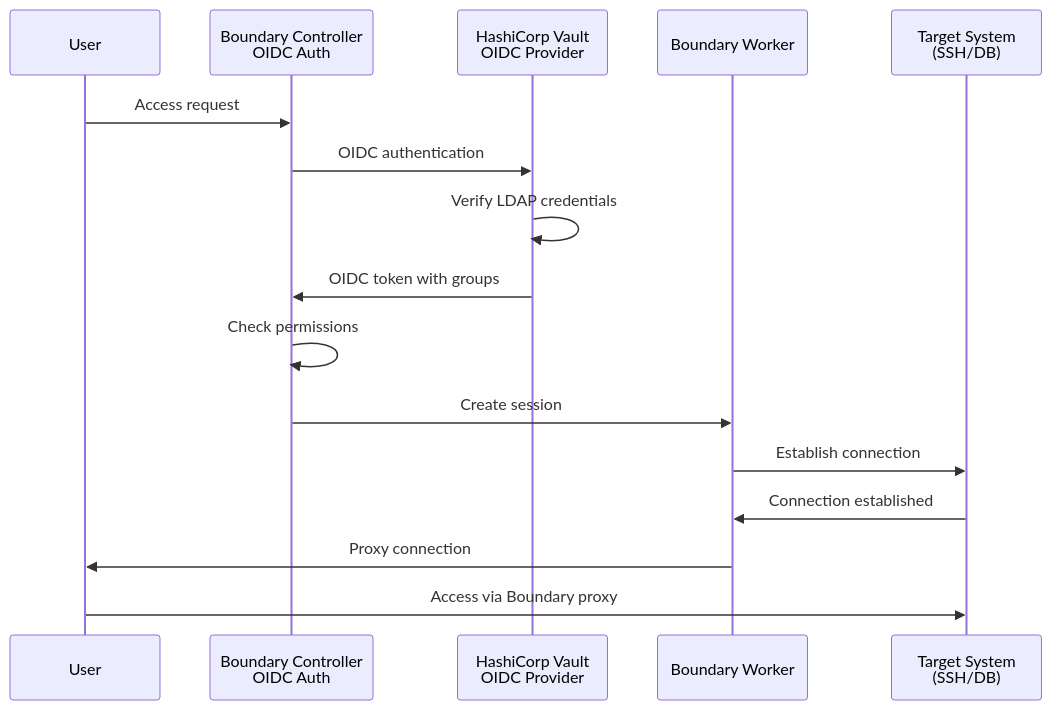
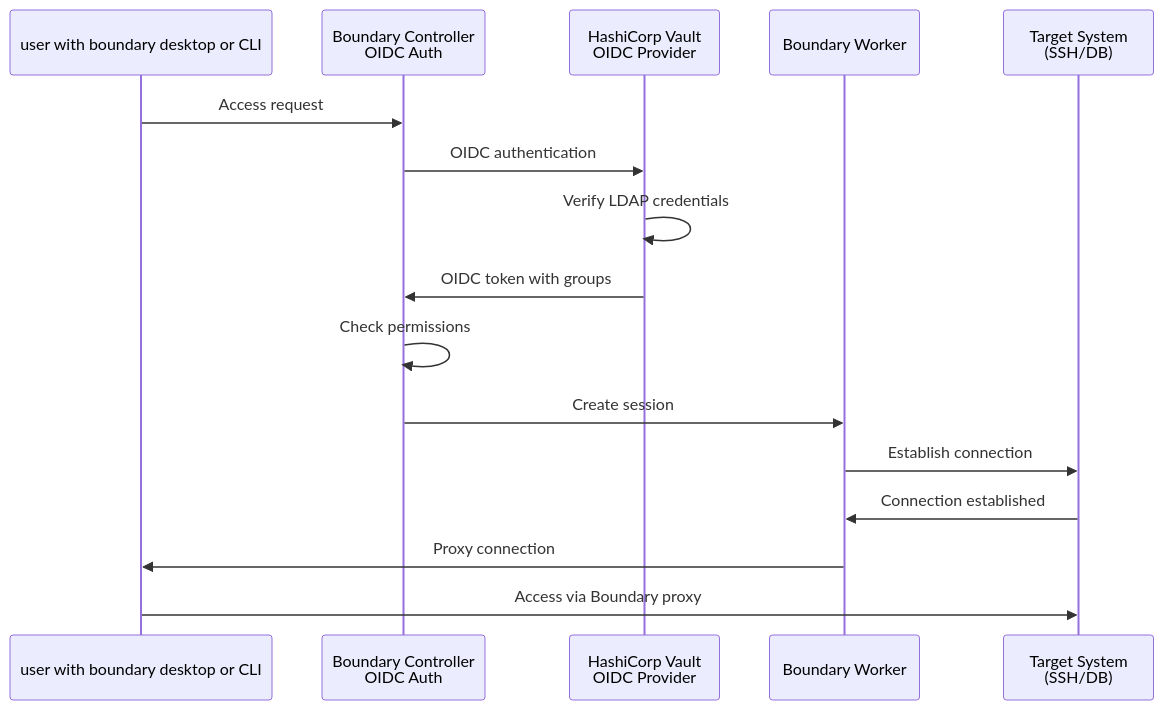
One commit to Saske912/presentation changed the eighth of 13 diagrams in slides.md. Above: the diagram before and after it, drawn with Mermaid. The commit also changed other lines of this file and 5 other files, not shown here.

````diff
--- a/slides.md
+++ b/slides.md
@@ -483,19 +599,19 @@
 ```mermaid
 sequenceDiagram
-    participant User as User
+    participant User as user with boundary desktop or CLI
     participant Boundary as Boundary Controller<br/>OIDC Auth
     participant Vault as HashiCorp Vault<br/>OIDC Provider
     participant Worker as Boundary Worker
     participant Target as Target System<br/>(SSH/DB)
     
     User->>Boundary: Access request
     Boundary->>Vault: OIDC authentication
     Vault->>Vault: Verify LDAP credentials
     Vault->>Boundary: OIDC token with groups
     Boundary->>Boundary: Check permissions
     Boundary->>Worker: Create session
     Worker->>Target: Establish connection
     Target->>Worker: Connection established
     Worker->>User: Proxy connection
     User->>Target: Access via Boundary proxy
 ```
````
